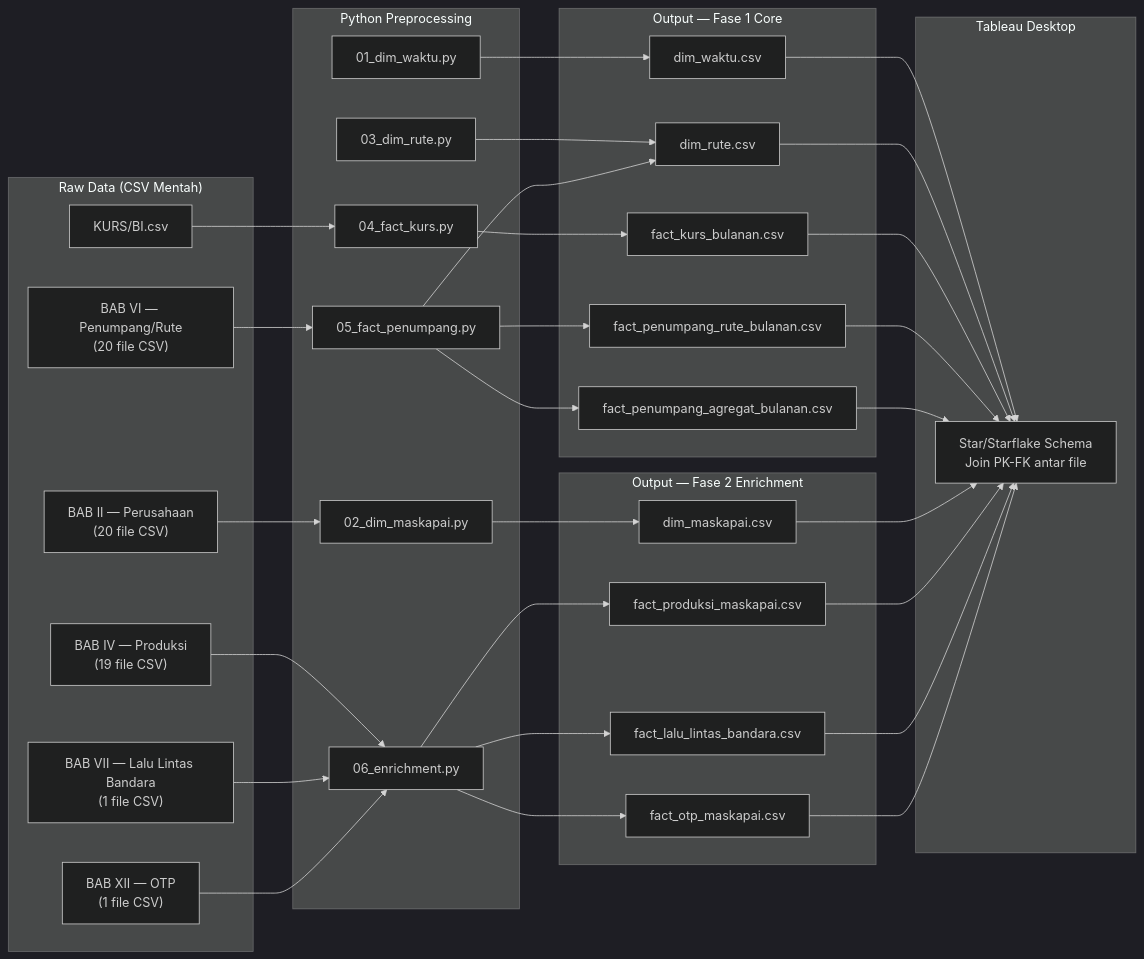
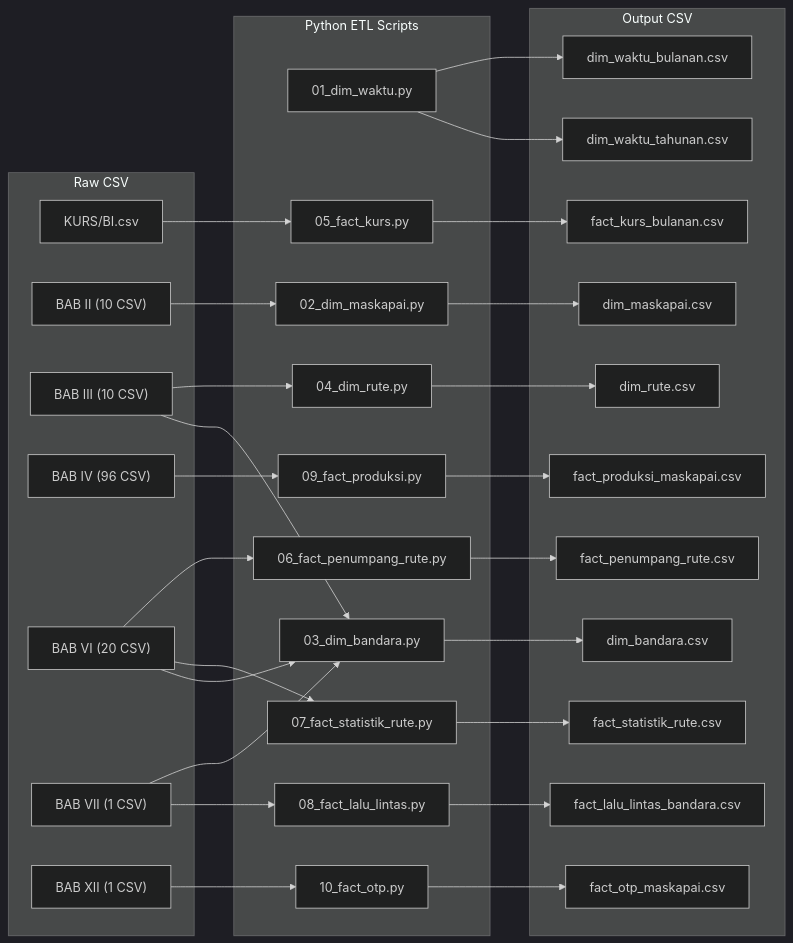
The first of 2 diagrams in implementation_plan.md (haldriansunata/Data-Warehouse-Korelasi-Nilai-Rupiah-Terhadap-Angkutan-Udara-Indonesia-2020-2024-), drawn with Mermaid (dark theme) before and after one commit. The commit also changed other lines of this file, not shown here.

````diff
--- a/implementation_plan.md
+++ b/implementation_plan.md
@@ -25,56 +29,59 @@
 ```mermaid
 graph LR
-    subgraph "Raw Data (CSV Mentah)"
-        A["KURS/BI.csv"]
-        B["BAB II — Perusahaan<br/>(20 file CSV)"]
-        C["BAB IV — Produksi<br/>(19 file CSV)"]
-        D["BAB VI — Penumpang/Rute<br/>(20 file CSV)"]
-        E["BAB VII — Lalu Lintas Bandara<br/>(1 file CSV)"]
-        F["BAB XII — OTP<br/>(1 file CSV)"]
+    subgraph "Raw CSV"
+        K["KURS/BI.csv"]
+        B2["BAB II (10 CSV)"]
+        B3["BAB III (10 CSV)"]
+        B4["BAB IV (96 CSV)"]
+        B6["BAB VI (20 CSV)"]
+        B7["BAB VII (1 CSV)"]
+        B12["BAB XII (1 CSV)"]
     end
 
-    subgraph "Python Preprocessing"
-        P1["01_dim_waktu.py"]
-        P2["02_dim_maskapai.py"]
-        P3["03_dim_rute.py"]
-        P4["04_fact_kurs.py"]
-        P5["05_fact_penumpang.py"]
-        P6["06_enrichment.py"]
+    subgraph "Python ETL Scripts"
+        S1["01_dim_waktu.py"]
+        S2["02_dim_maskapai.py"]
+        S3["03_dim_bandara.py"]
+        S4["04_dim_rute.py"]
+        S5["05_fact_kurs.py"]
+        S6["06_fact_penumpang_rute.py"]
+        S7["07_fact_statistik_rute.py"]
+        S8["08_fact_lalu_lintas.py"]
+        S9["09_fact_produksi.py"]
+        S10["10_fact_otp.py"]
     end
 
-    subgraph "Output — Fase 1 Core"
-        O1["dim_waktu.csv"]
-        O3["dim_rute.csv"]
-        O4["fact_kurs_bulanan.csv"]
-        O5["fact_penumpang_rute_bulanan.csv"]
-        O5a["fact_penumpang_agregat_bulanan.csv"]
+    subgraph "Output CSV"
+        D1["dim_waktu_bulanan.csv"]
+        D2["dim_waktu_tahunan.csv"]
+        D3["dim_maskapai.csv"]
+        D4["dim_bandara.csv"]
+        D5["dim_rute.csv"]
+        F1["fact_kurs_bulanan.csv"]
+        F2["fact_penumpang_rute.csv"]
+        F3["fact_statistik_rute.csv"]
+        F4["fact_lalu_lintas_bandara.csv"]
+        F5["fact_produksi_maskapai.csv"]
+        F6["fact_otp_maskapai.csv"]
     end
 
-    subgraph "Output — Fase 2 Enrichment"
-        O2["dim_maskapai.csv"]
-        O6["fact_produksi_maskapai.csv"]
-        O7["fact_lalu_lintas_bandara.csv"]
-        O8["fact_otp_maskapai.csv"]
-    end
+    K --> S5
+    B2 --> S2
+    B3 --> S4
+    B4 --> S9
+    B6 --> S6 & S7
+    B7 --> S3 & S8
+    B12 --> S10
+    B3 & B6 --> S3
 
-    subgraph "Tableau Desktop"
-        T["Star/Starflake Schema<br/>Join PK-FK antar file"]
-    end
-
-    A --> P4
-    B --> P2
-    C --> P6
-    D --> P5
-    E --> P6
-    F --> P6
-    P1 --> O1
-    P2 --> O2
-    P3 --> O3
-    P4 --> O4
-    P5 --> O5
-    P5 --> O5a
-    P5 --> O3
-    P6 --> O6 & O7 & O8
-    O1 & O3 & O4 & O5 & O5a --> T
-    O2 & O6 & O7 & O8 --> T
+    S1 --> D1 & D2
+    S2 --> D3
+    S3 --> D4
+    S4 --> D5
+    S5 --> F1
+    S6 --> F2
+    S7 --> F3
+    S8 --> F4
+    S9 --> F5
+    S10 --> F6
 ```
````
